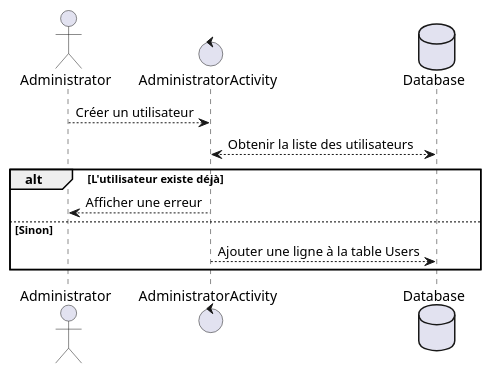
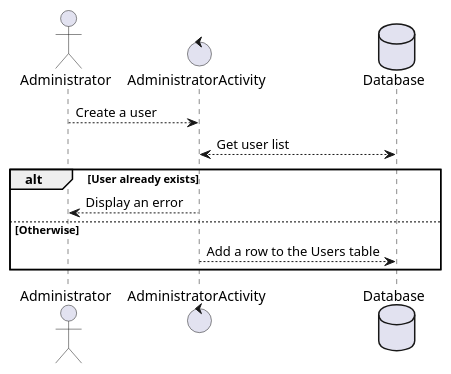
Before and after one commit to Yorkchk/PC_sur_mesure_Mobile_app: diagram 12 of 15 in README.md, drawn with PlantUML. The commit also changed other lines of this file, not shown here.

````diff
--- a/README.md
+++ b/README.md
@@ -401,17 +389,19 @@
+```plantuml
 @startuml
-    actor Administrator
+actor Administrator
 
-    control AdministratorActivity
-    
-    database Database
+control AdministratorActivity
 
-    Administrator --> AdministratorActivity : Créer un utilisateur
+database Database
 
-    AdministratorActivity <--> Database : Obtenir la liste des utilisateurs
+Administrator --> AdministratorActivity : Create a user
 
-    alt L'utilisateur existe déjà
-        AdministratorActivity --> Administrator: Afficher une erreur
-    else Sinon
-        AdministratorActivity --> Database : Ajouter une ligne à la table Users
-    end
+AdministratorActivity <--> Database : Get user list
+
+alt User already exists
+    AdministratorActivity --> Administrator: Display an error
+else Otherwise
+    AdministratorActivity --> Database : Add a row to the Users table
+end
 @enduml
+```
````
